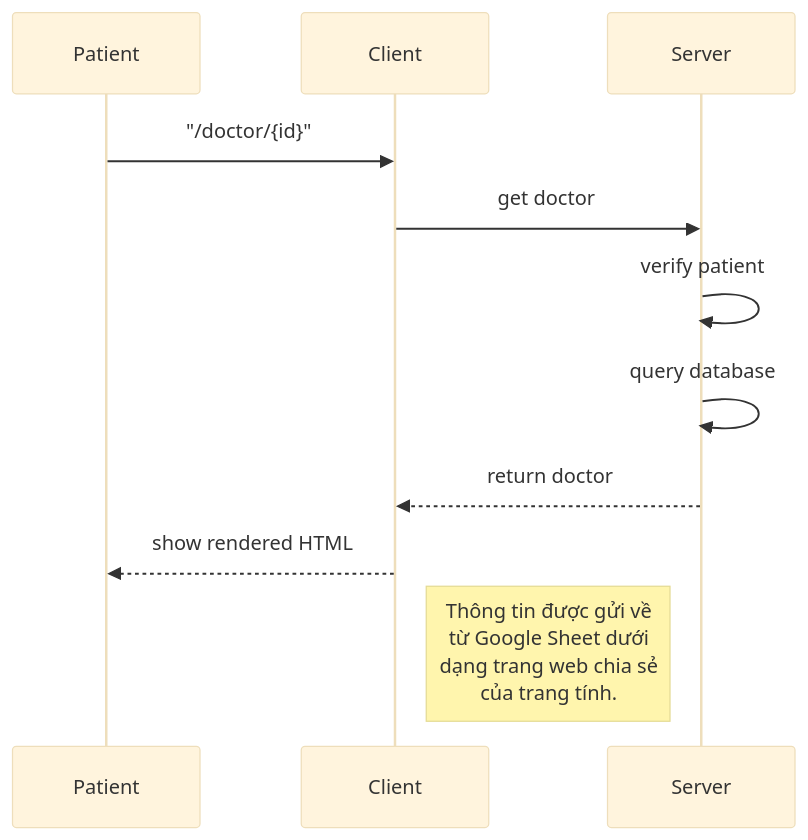
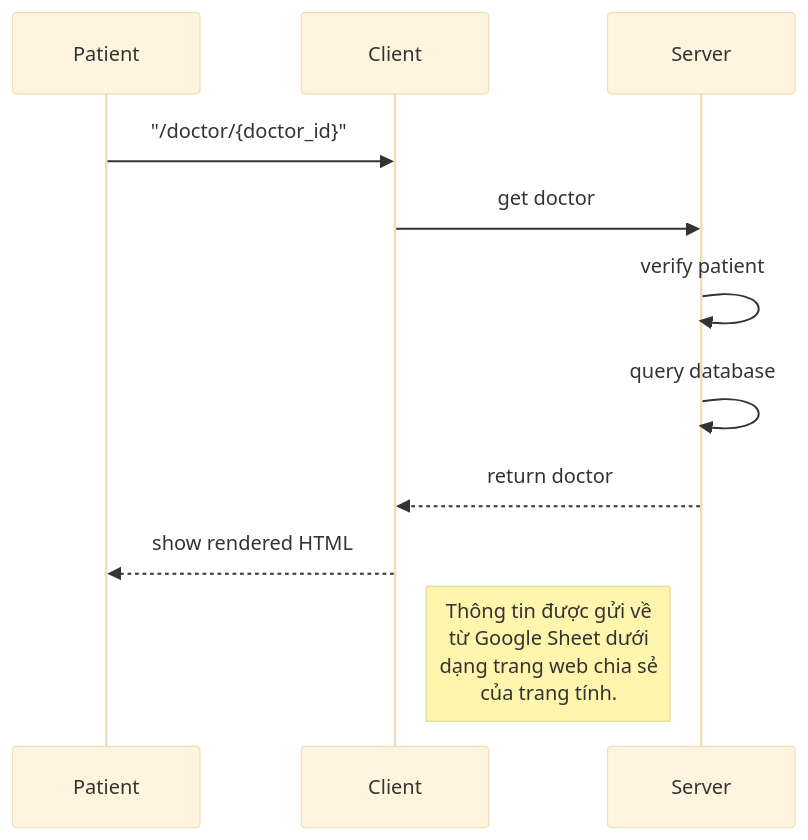
Before and after one commit to itvkist/infectious-disease: diagram 15 of 20 in BE_README.md, drawn with Mermaid (base theme). The commit also changed other lines of this file, not shown here.

````diff
--- a/BE_README.md
+++ b/BE_README.md
@@ -505,10 +530,10 @@
 ```mermaid
 sequenceDiagram
-Patient ->> Client: "/doctor/{id}"
+Patient ->> Client: "/doctor/{doctor_id}"
 Client ->> Server: get doctor
 Server ->> Server: verify patient
 Server ->> Server: query database
 Server-->>Client: return doctor
 Client -->> Patient: show rendered HTML
 Note right of Client: Thông tin được gửi về <br/> từ Google Sheet dưới <br/> dạng trang web chia sẻ <br/> của trang tính.
 ```
````
